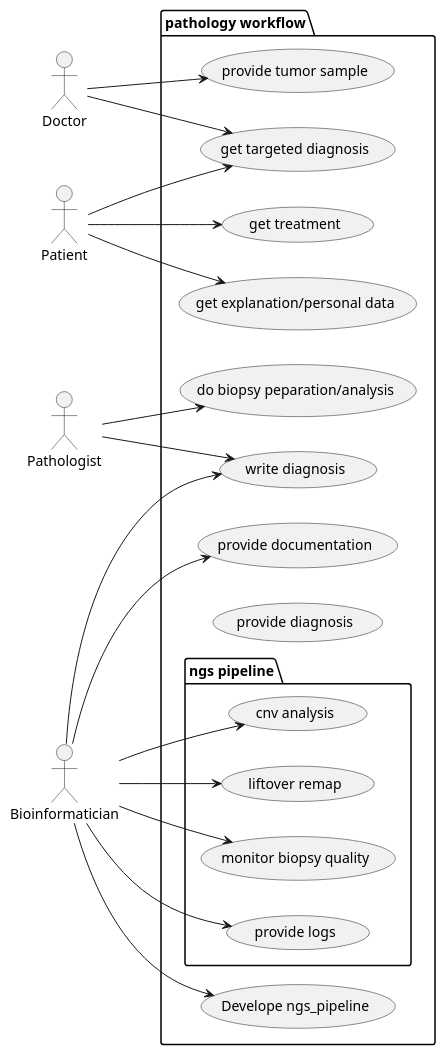
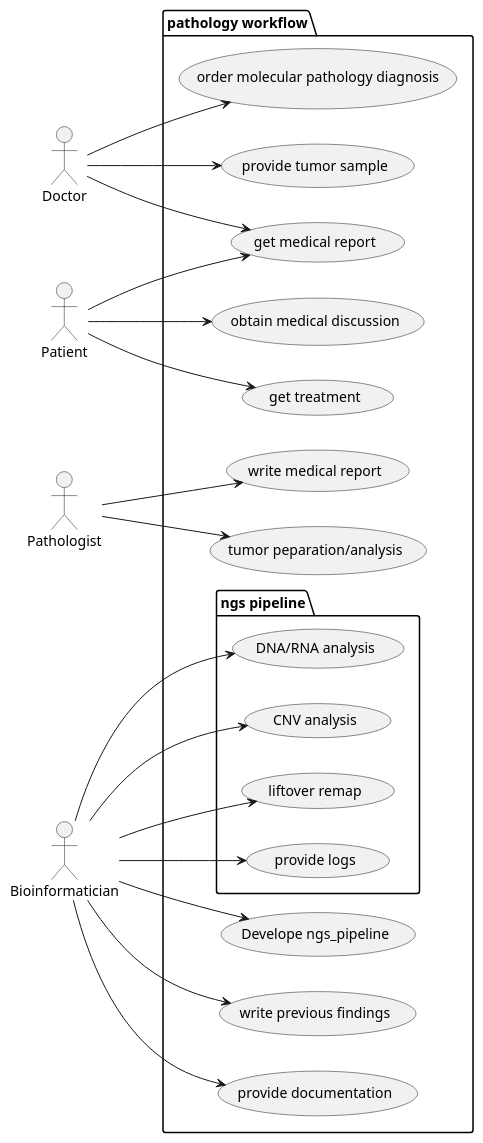
Before and after one commit to feiloo/ngs_pipeline: the diagram in docs/usecase_diagram.puml, drawn with PlantUML.

Commit message:
updated usecase_diagram

```diff
--- a/docs/usecase_diagram.puml
+++ b/docs/usecase_diagram.puml
@@ -1,49 +1,49 @@
 @startuml
 left to right direction
 
 actor "Doctor"
 actor Patient
 
 actor Pathologist
 actor Bioinformatician
 
 package "pathology workflow" {
   usecase "Develope ngs_pipeline" as develope
   usecase "provide tumor sample" as sample
-  usecase "get targeted diagnosis" as diagnosis
-  usecase "do biopsy peparation/analysis" as biopsy
+  usecase "get medical report" as diagnosis
+  usecase "order molecular pathology diagnosis" as order
+  usecase "tumor peparation/analysis" as biopsy
   usecase "get treatment" as treatment
-  usecase "get explanation/personal data" as explanation
-  usecase "provide diagnosis"
-  usecase "write diagnosis"
-
+  usecase "obtain medical discussion" as explanation
+  usecase "write medical report"
   usecase "provide documentation"
+  usecase "write previous findings"
 
   package "ngs pipeline" {
-    usecase "cnv analysis"
+    usecase "DNA/RNA analysis" as panel
+    usecase "CNV analysis"
     usecase "liftover remap"
-    usecase "monitor biopsy quality"
     usecase "provide logs"
   }
 
 }
 
 Bioinformatician --> (provide logs)
+Bioinformatician --> panel
+Bioinformatician --> (CNV analysis)
 Bioinformatician --> (provide documentation)
-
 Bioinformatician --> develope
-Bioinformatician --> (cnv analysis)
 Bioinformatician --> (liftover remap)
-Bioinformatician --> (monitor biopsy quality)
-Bioinformatician --> (write diagnosis)
+Bioinformatician --> (write previous findings)
 
 Doctor --> sample
+Doctor --> order
 Doctor --> diagnosis
 
 Pathologist --> biopsy
-Pathologist --> (write diagnosis)
+Pathologist --> (write medical report)
 
 Patient --> explanation
 Patient --> treatment
 Patient --> diagnosis
 @enduml
```
